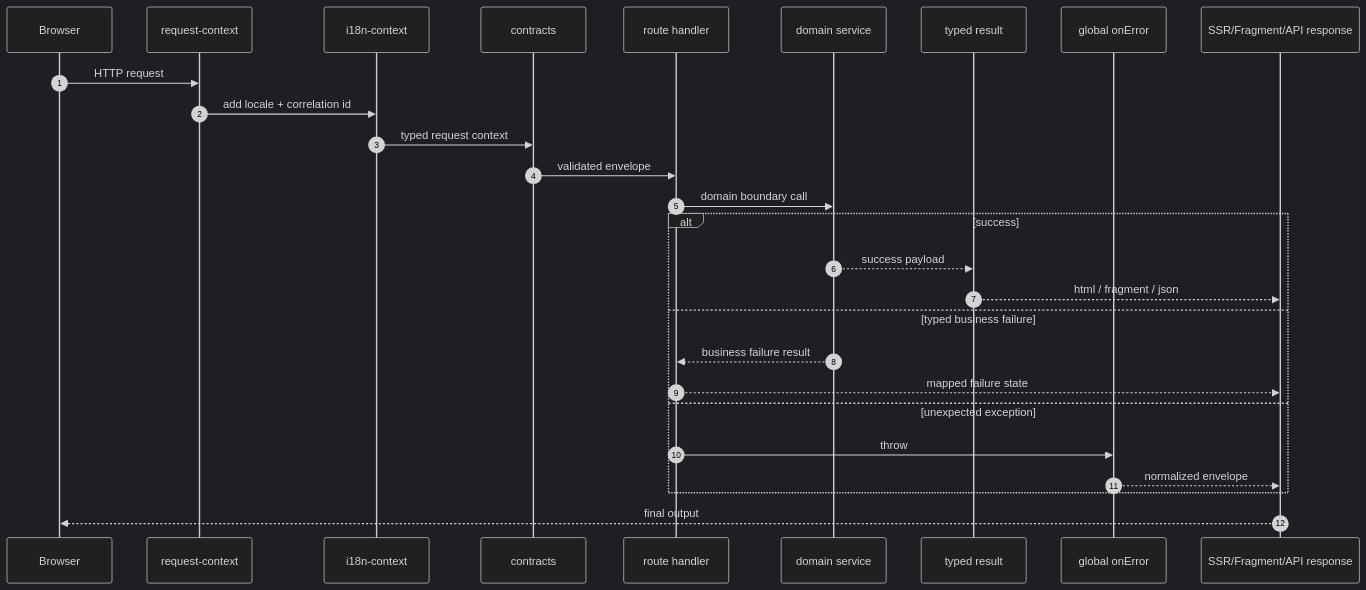
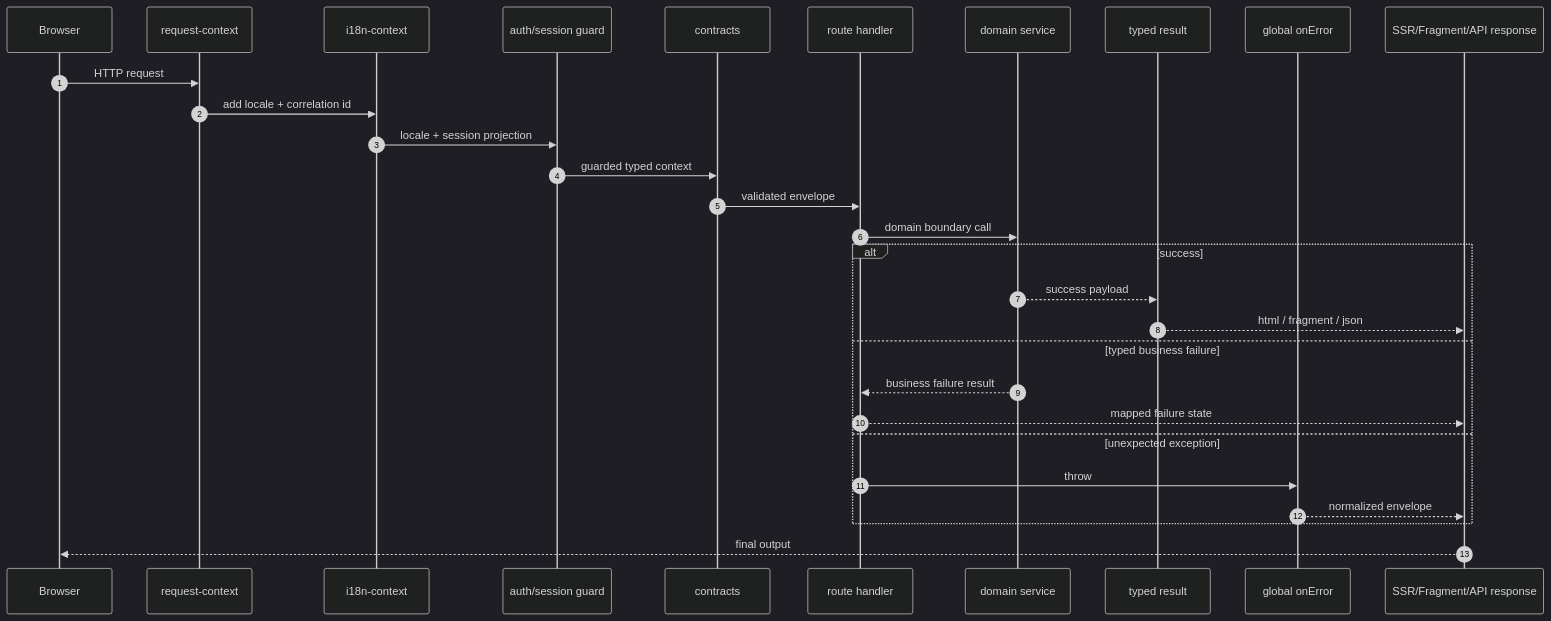
The third of 16 diagrams in README.md (d4551/tea), drawn with Mermaid (dark theme) before and after one commit. The commit also changed other lines of this file and 151 other files, not shown here.

````diff
--- a/README.md
+++ b/README.md
@@ -294,30 +332,32 @@
 ```mermaid
 sequenceDiagram
   autonumber
   participant Browser
   participant Ctx as request-context
   participant I18n as i18n-context
+  participant Guard as auth/session guard
   participant Contract as contracts
   participant Route as route handler
   participant Service as domain service
   participant Result as typed result
   participant Error as global onError
   participant Resp as SSR/Fragment/API response
 
   Browser->>Ctx: HTTP request
   Ctx->>I18n: add locale + correlation id
-  I18n->>Contract: typed request context
+  I18n->>Guard: locale + session projection
+  Guard->>Contract: guarded typed context
   Contract->>Route: validated envelope
   Route->>Service: domain boundary call
   alt success
     Service-->>Result: success payload
     Result-->>Resp: html / fragment / json
   else typed business failure
     Service-->>Route: business failure result
     Route-->>Resp: mapped failure state
   else unexpected exception
     Route->>Error: throw
     Error-->>Resp: normalized envelope
   end
   Resp-->>Browser: final output
 ```
````
